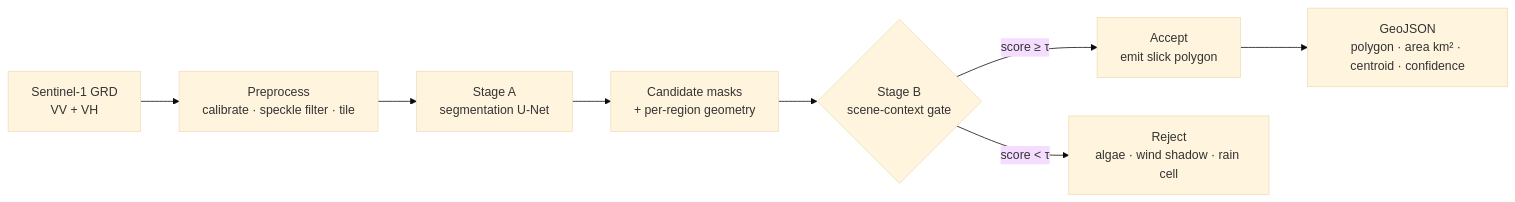
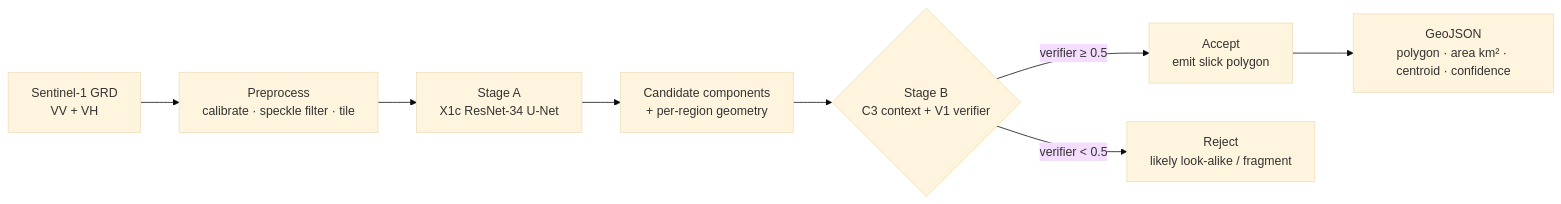
Before and after one commit to TrueMan08/Team_AlgoRise_OilSpill_detection: the third of 8 diagrams in README.md, drawn with Mermaid (base theme). The commit also changed other lines of this file and 26 other files, not shown here.

````diff
--- a/README.md
+++ b/README.md
@@ -170,10 +169,10 @@
 ```mermaid
 flowchart LR
   S["Sentinel-1 GRD<br/>VV + VH"] --> P["Preprocess<br/>calibrate · speckle filter · tile"]
-  P --> SEG["Stage A<br/>segmentation U-Net"]
-  SEG --> M["Candidate masks<br/>+ per-region geometry"]
-  M --> GATE{"Stage B<br/>scene-context gate"}
-  GATE -->|"score ≥ τ"| ACC["Accept<br/>emit slick polygon"]
-  GATE -->|"score < τ"| REJ["Reject<br/>algae · wind shadow · rain cell"]
+  P --> SEG["Stage A<br/>X1c ResNet-34 U-Net"]
+  SEG --> M["Candidate components<br/>+ per-region geometry"]
+  M --> GATE{"Stage B<br/>C3 context + V1 verifier"}
+  GATE -->|"verifier ≥ 0.5"| ACC["Accept<br/>emit slick polygon"]
+  GATE -->|"verifier < 0.5"| REJ["Reject<br/>likely look-alike / fragment"]
   ACC --> OUT["GeoJSON<br/>polygon · area km² · centroid · confidence"]
 ```
````
